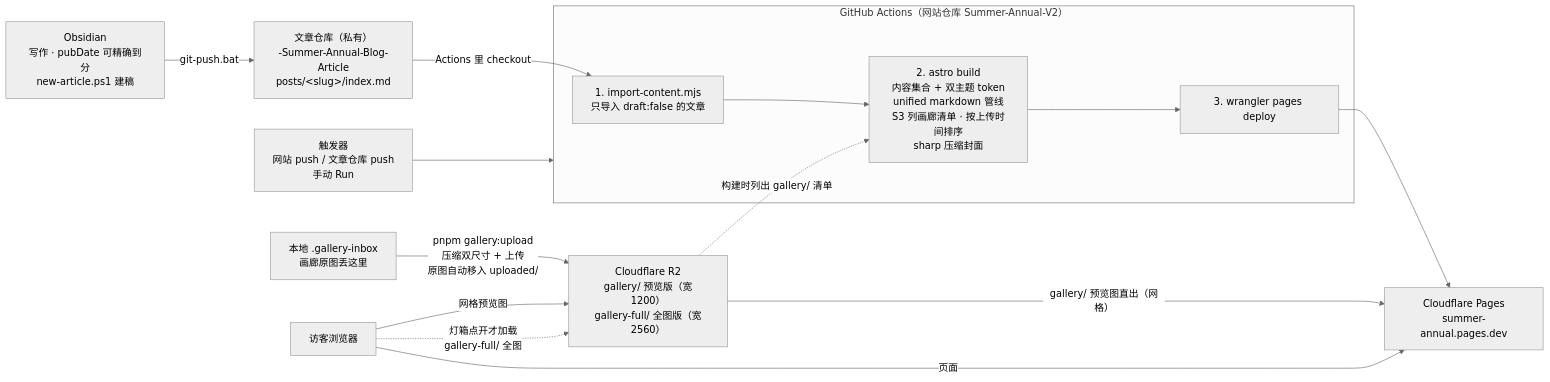
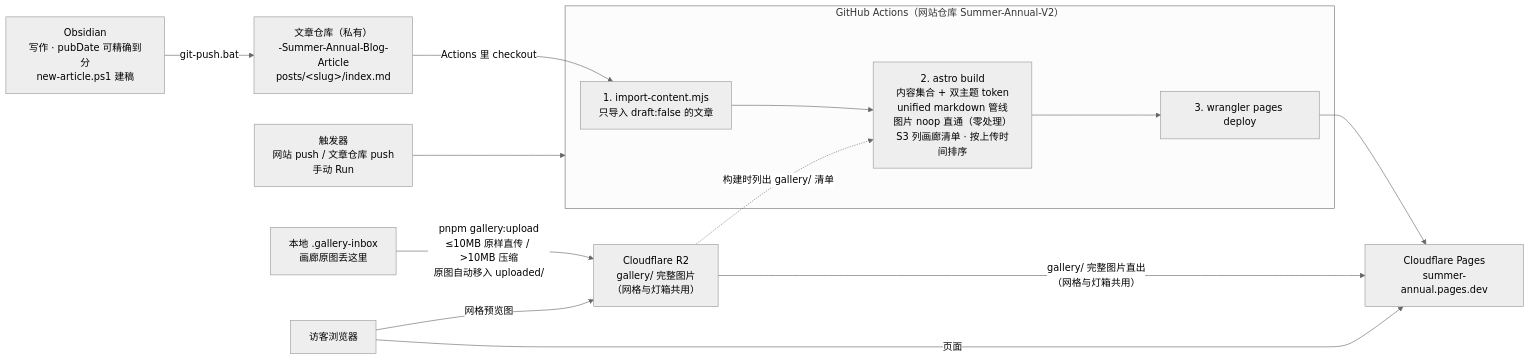
The diagram in docs/architecture.md (YuunagiHirozuki/Summer-Annual-V2), drawn with Mermaid (neutral theme) before and after one commit. The commit also changed other lines of this file and 1 other file, not shown here.

Commit message:
docs: gallery single-size policy and noop image service in README/architecture

````diff
--- a/docs/architecture.md
+++ b/docs/architecture.md
@@ -3,24 +3,23 @@
 ```mermaid
 flowchart LR
     OBS["Obsidian<br/>写作 · pubDate 可精确到分<br/>new-article.ps1 建稿"] -->|"git-push.bat"| REPO["文章仓库（私有）<br/>-Summer-Annual-Blog-Article<br/>posts/&lt;slug&gt;/index.md"]
-    INBOX["本地 .gallery-inbox<br/>画廊原图丢这里"] -->|"pnpm gallery:upload<br/>压缩双尺寸 + 上传<br/>原图自动移入 uploaded/"| R2["Cloudflare R2<br/>gallery/ 预览版（宽1200）<br/>gallery-full/ 全图版（宽2560）"]
+    INBOX["本地 .gallery-inbox<br/>画廊原图丢这里"] -->|"pnpm gallery:upload<br/>≤10MB 原样直传 / >10MB 压缩<br/>原图自动移入 uploaded/"| R2["Cloudflare R2<br/>gallery/ 完整图片<br/>（网格与灯箱共用）"]
 
     subgraph actions["GitHub Actions（网站仓库 Summer-Annual-V2）"]
         IMP["1. import-content.mjs<br/>只导入 draft:false 的文章"]
-        BUILD["2. astro build<br/>内容集合 + 双主题 token<br/>unified markdown 管线<br/>S3 列画廊清单 · 按上传时间排序<br/>sharp 压缩封面"]
+        BUILD["2. astro build<br/>内容集合 + 双主题 token<br/>unified markdown 管线<br/>图片 noop 直通（零处理）<br/>S3 列画廊清单 · 按上传时间排序"]
         DEP["3. wrangler pages deploy"]
         IMP --> BUILD --> DEP
     end
 
     TRIG["触发器<br/>网站 push / 文章仓库 push<br/>手动 Run"] --> actions
 
     REPO -->|"Actions 里 checkout"| IMP
     R2 -.->|"构建时列出 gallery/ 清单"| BUILD
 
     DEP --> SITE["Cloudflare Pages<br/>summer-annual.pages.dev"]
-    R2 -->|"gallery/ 预览图直出（网格）"| SITE
+    R2 -->|"gallery/ 完整图片直出<br/>（网格与灯箱共用）"| SITE
 
     VIS["访客浏览器"] -->|"页面"| SITE
     VIS -->|"网格预览图"| R2
-    VIS -.->|"灯箱点开才加载<br/>gallery-full/ 全图"| R2
 ```
````
